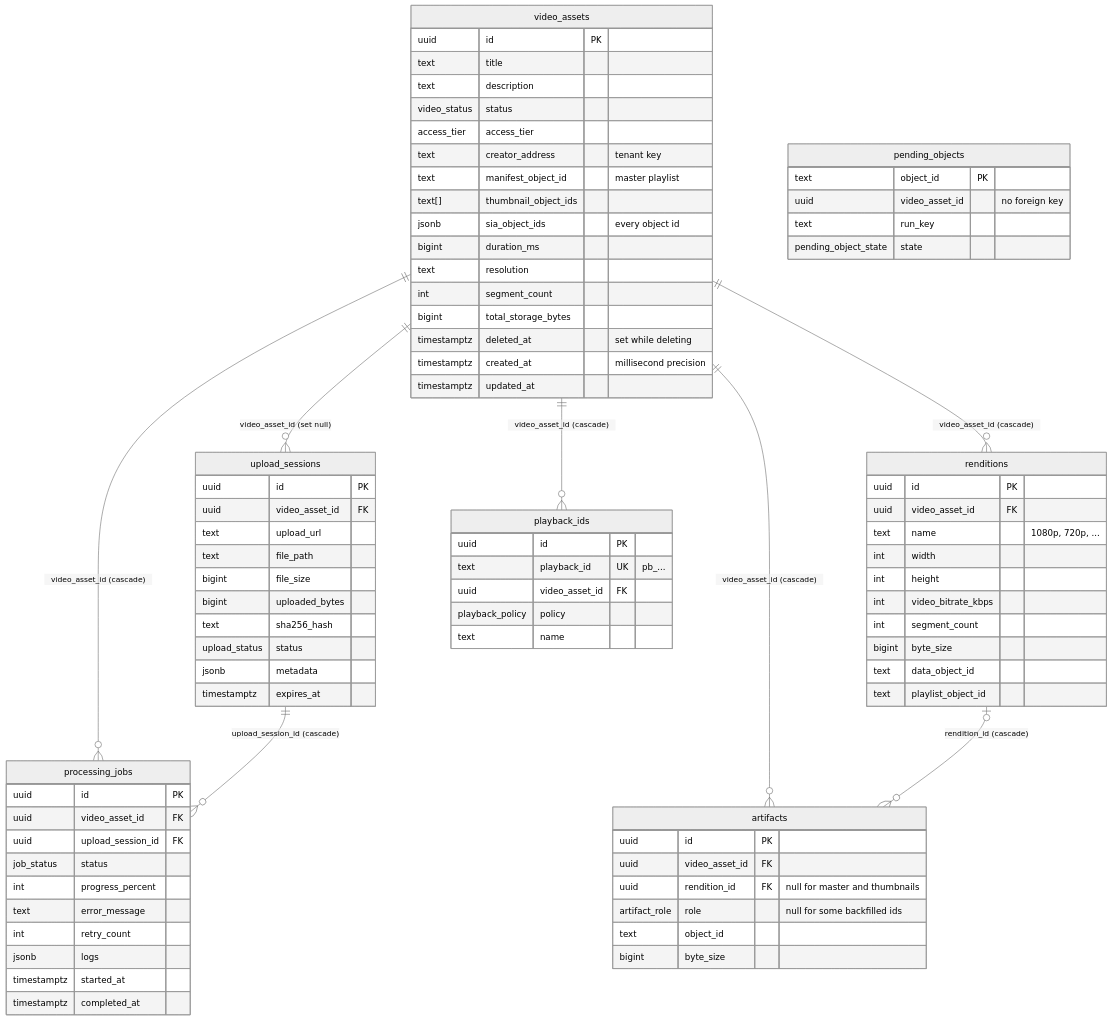
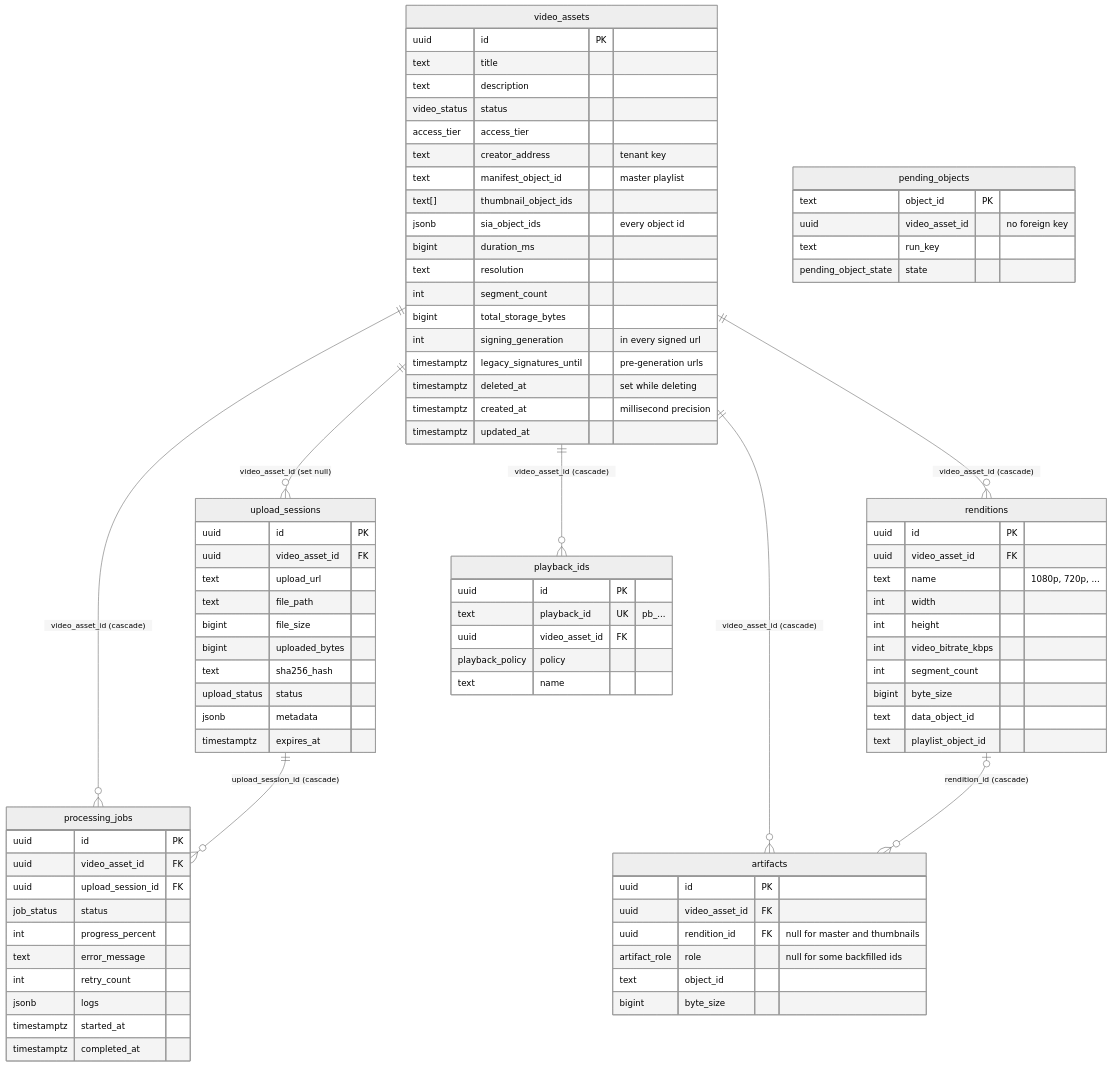
Before and after one commit to justmert/Sluby: the first of 2 diagrams in docs/architecture/data-model.md, drawn with Mermaid (neutral theme). The commit also changed other lines of this file and 1 other file, not shown here.

Commit message:
list the signing columns in the data model and drop a comment about the removed getObject

```diff
--- a/docs/architecture/data-model.md
+++ b/docs/architecture/data-model.md
@@ -33,6 +33,8 @@
     text resolution
     int segment_count
     bigint total_storage_bytes
+    int signing_generation "in every signed url"
+    timestamptz legacy_signatures_until "pre-generation urls"
     timestamptz deleted_at "set while deleting"
     timestamptz created_at "millisecond precision"
     timestamptz updated_at
```
